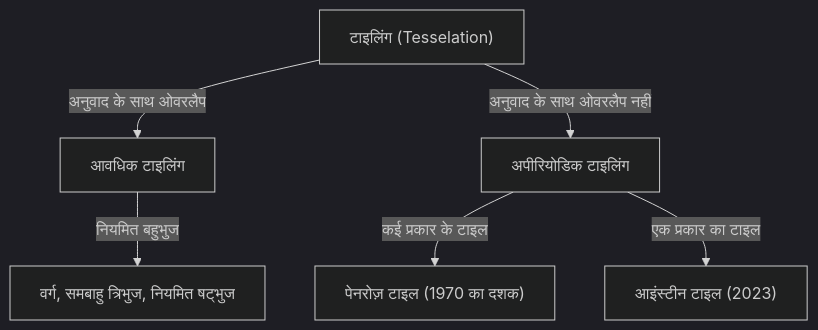
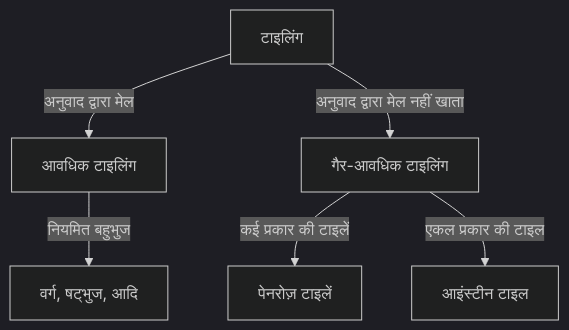
One commit to kenjinote/blog changed the diagram in content/post/aperiodic-tiling-problem/index.hi.md. Above: the diagram before and after it, drawn with Mermaid (dark theme). The commit also changed other lines of this file and 129 other files, not shown here.

````diff
--- a/content/post/aperiodic-tiling-problem/index.hi.md
+++ b/content/post/aperiodic-tiling-problem/index.hi.md
@@ -23,9 +17,8 @@
 ```mermaid
 graph TD
-    A["टाइलिंग (Tesselation)"]
-    A -- "अनुवाद के साथ ओवरलैप" --> B["आवधिक टाइलिंग"]
-    A -- "अनुवाद के साथ ओवरलैप नहीं" --> C["अपीरियोडिक टाइलिंग"]
-    B -- "नियमित बहुभुज" --> D["वर्ग, समबाहु त्रिभुज, नियमित षट्भुज"]
-    C -- "कई प्रकार के टाइल" --> E["पेनरोज़ टाइल (1970 का दशक)"]
-    C -- "एक प्रकार का टाइल" --> F["आइंस्टीन टाइल (2023)"]
+    A["टाइलिंग"] -- "अनुवाद द्वारा मेल" --> B["आवधिक टाइलिंग"]
+    A -- "अनुवाद द्वारा मेल नहीं खाता" --> C["गैर-आवधिक टाइलिंग"]
+    B -- "नियमित बहुभुज" --> D["वर्ग, षट्भुज, आदि"]
+    C -- "कई प्रकार की टाइलें" --> E["पेनरोज़ टाइलें"]
+    C -- "एकल प्रकार की टाइल" --> F["आइंस्टीन टाइल"]
 ```
````
